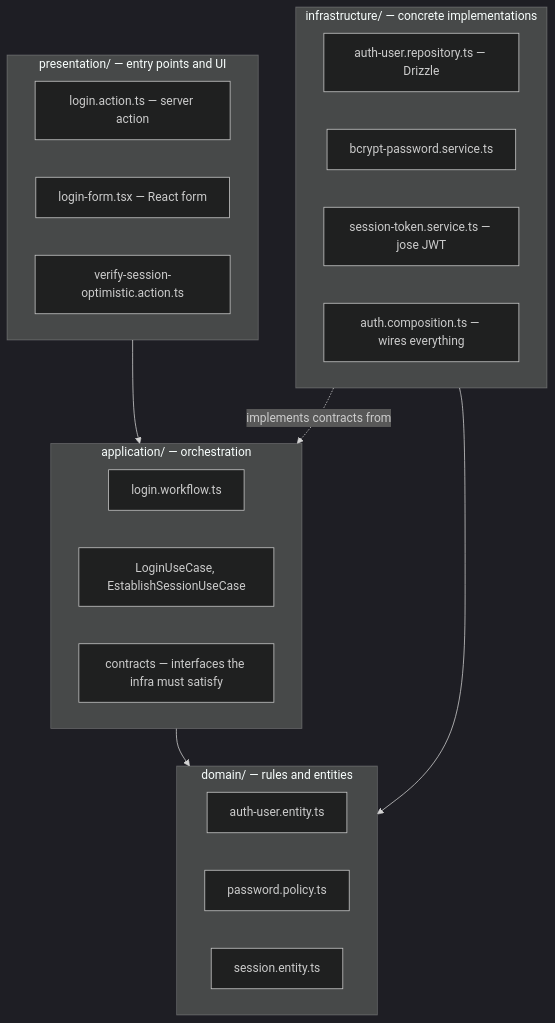
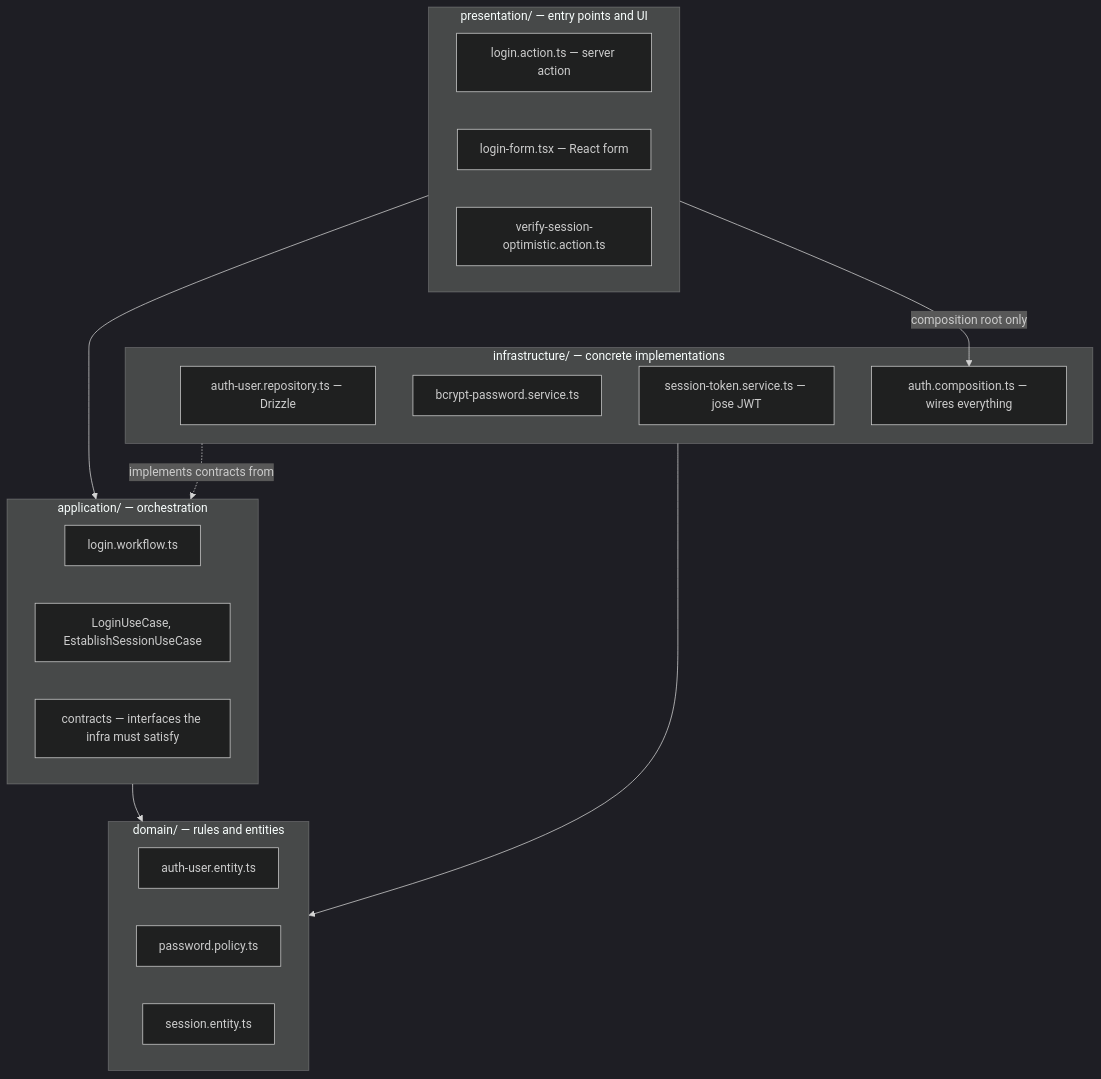
The diagram in docs/diagrams/module-layers.md (andrewpetersondev/nextjs-dashboard), drawn with Mermaid (dark theme) before and after one commit. The commit also changed other lines of this file and 10 other files, not shown here.

First line of the commit message:
docs(diagrams): reconcile the drift-flagged architecture diagrams with the code

````diff
--- a/docs/diagrams/module-layers.md
+++ b/docs/diagrams/module-layers.md
@@ -9,32 +9,33 @@
 ```mermaid
 flowchart TD
     subgraph pres["presentation/ — entry points and UI"]
         p1["login.action.ts — server action"]
         p2["login-form.tsx — React form"]
         p3["verify-session-optimistic.action.ts"]
     end
 
     subgraph app["application/ — orchestration"]
         a1["login.workflow.ts"]
         a2["LoginUseCase, EstablishSessionUseCase"]
         a3["contracts — interfaces the infra must satisfy"]
     end
 
     subgraph dom["domain/ — rules and entities"]
         d1["auth-user.entity.ts"]
         d2["password.policy.ts"]
         d3["session.entity.ts"]
     end
 
     subgraph infra["infrastructure/ — concrete implementations"]
         i1["auth-user.repository.ts — Drizzle"]
         i2["bcrypt-password.service.ts"]
         i3["session-token.service.ts — jose JWT"]
         i4["auth.composition.ts — wires everything"]
     end
 
     pres --> app
+    pres -->|"composition root only"| i4
     app --> dom
     infra --> dom
     infra -.->|"implements contracts from"| app
 ```
````
